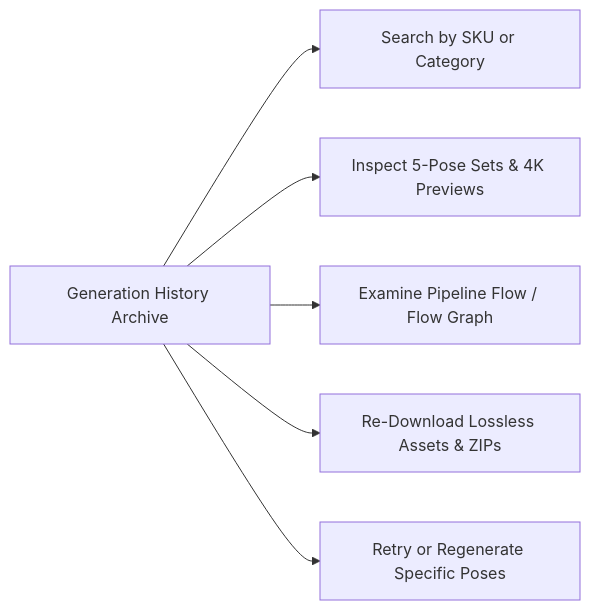
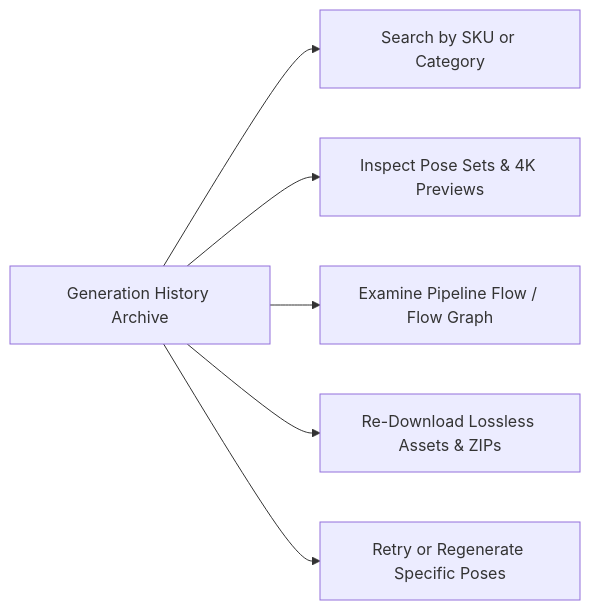
Before and after one commit to pawanshukla500/aistudio-youthnic: the diagram in youthnic-ai-studio-docs/history/overview.mdx, drawn with Mermaid. The commit also changed other lines of this file and 72 other files, not shown here.

````diff
--- a/youthnic-ai-studio-docs/history/overview.mdx
+++ b/youthnic-ai-studio-docs/history/overview.mdx
@@ -10,8 +10,8 @@
 ```mermaid
 graph LR
     A[Generation History Archive] --> B[Search by SKU or Category]
-    A --> C[Inspect 5-Pose Sets & 4K Previews]
+    A --> C[Inspect Pose Sets & 4K Previews]
     A --> D[Examine Pipeline Flow / Flow Graph]
     A --> E[Re-Download Lossless Assets & ZIPs]
     A --> F[Retry or Regenerate Specific Poses]
 ```
````
